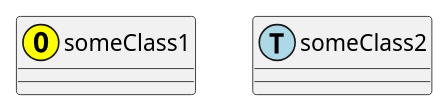
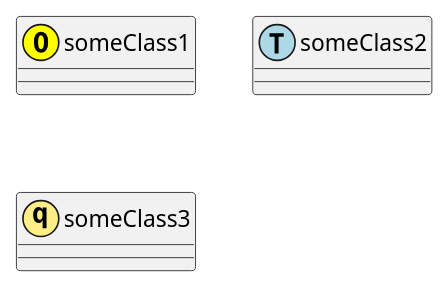
The first of 2 diagrams in Docs/Design.md (MARTIMM/HikingCompanion), drawn with PlantUML before and after one commit. The commit also changed other lines of this file, not shown here.

````diff
--- a/Docs/Design.md
+++ b/Docs/Design.md
@@ -7,4 +7,5 @@
 ```plantuml
 class someClass1 << (O,yellow) >>
 class someClass2 << (T,lightblue) >>
+class someClass3 << (q,#ffee88) >>
 ```
````
